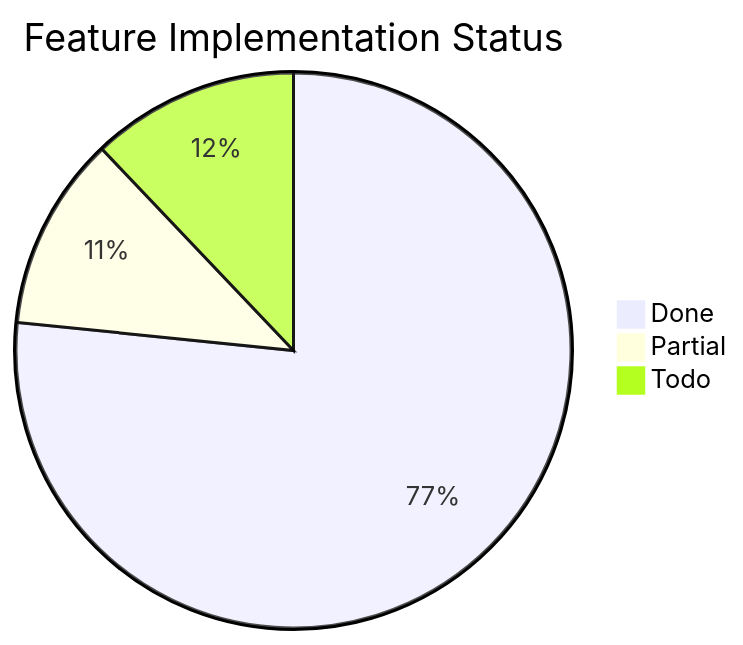
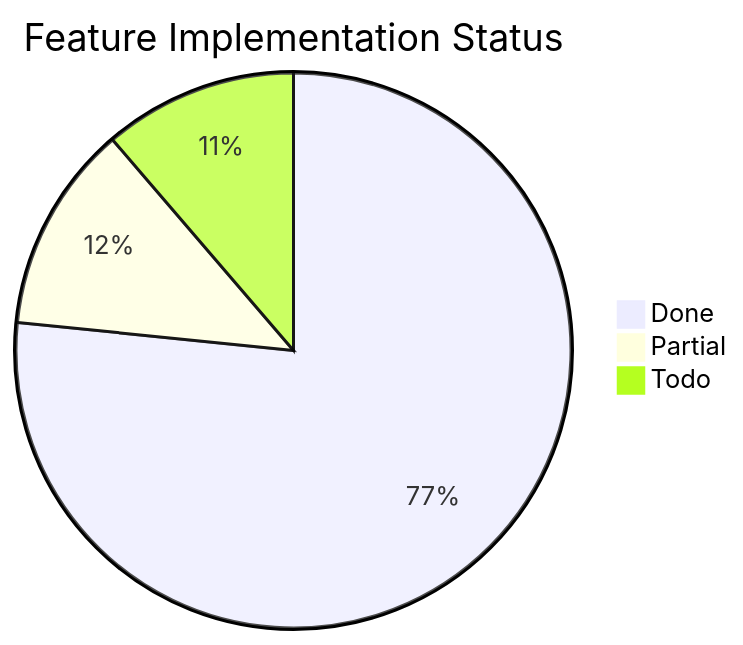
The third of 3 diagrams in docs/word-features.md (Papyrine/Morph), drawn with Mermaid before and after one commit. The commit also changed other lines of this file and 4 other files, not shown here.

````diff
--- a/docs/word-features.md
+++ b/docs/word-features.md
@@ -1914,6 +1918,6 @@
 ```mermaid
 pie title Feature Implementation Status
     "Done" : 95
-    "Partial" : 14
-    "Todo" : 15
+    "Partial" : 15
+    "Todo" : 14
 ```
````
